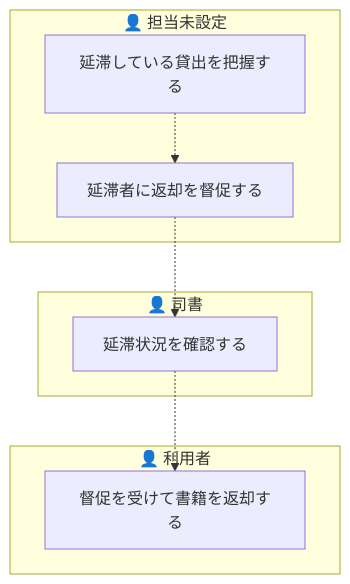
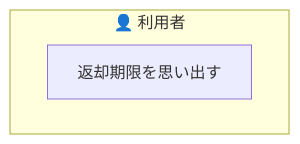
Before and after one commit to suwa-sh/suwa-sh-claude-plugins: the eighth of 11 diagrams in samples/distillery2/library-loan/docs/requirements/rdra/views/03_業務フロー.md, drawn with Mermaid. The commit also changed other lines of this file and 249 other files, not shown here.

````diff
--- a/samples/distillery2/library-loan/docs/requirements/rdra/views/03_業務フロー.md
+++ b/samples/distillery2/library-loan/docs/requirements/rdra/views/03_業務フロー.md
@@ -182,16 +142,6 @@
 ```mermaid
 graph TD
-  subgraph LN1["👤 担当未設定"]
-    AT1["延滞している貸出を把握する"]
-    AT2["延滞者に返却を督促する"]
+  subgraph LN1["👤 利用者"]
+    AT1["返却期限を思い出す"]
   end
-  subgraph LN2["👤 司書"]
-    AT3["延滞状況を確認する"]
-  end
-  subgraph LN3["👤 利用者"]
-    AT4["督促を受けて書籍を返却する"]
-  end
-  AT1 -.-> AT2
-  AT2 -.-> AT3
-  AT3 -.-> AT4
 ```
````
